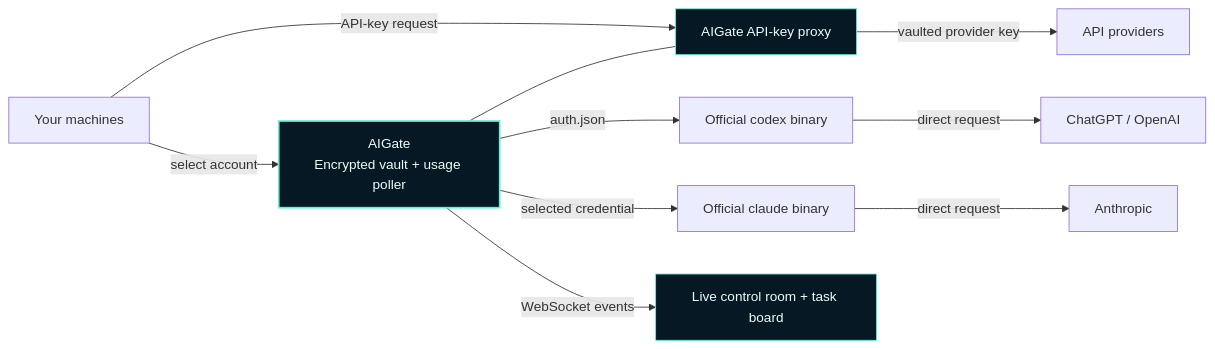
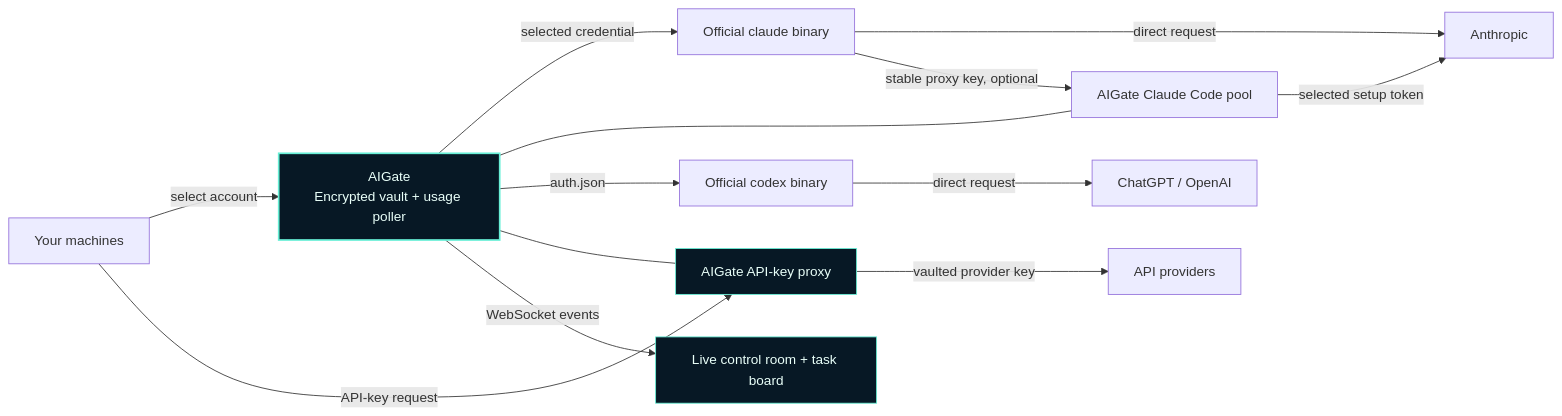
The first of 3 diagrams in README.md (shoemoney/aigate), drawn with Mermaid before and after one commit. The commit also changed other lines of this file and 3 other files, not shown here.

Commit message:
docs: explain Claude pool rotation and dated pricing imports

````diff
--- a/README.md
+++ b/README.md
@@ -126,15 +129,18 @@
 ```mermaid
 flowchart LR
   Client["Your machines"] -->|"select account"| Vault["AIGate<br/>Encrypted vault + usage poller"]
   Vault -->|"selected credential"| Claude["Official claude binary"]
   Claude -->|"direct request"| Anthropic["Anthropic"]
+  Claude -->|"stable proxy key, optional"| Pool["AIGate Claude Code pool"]
+  Vault --- Pool
+  Pool -->|"selected setup token"| Anthropic
   Vault -->|"auth.json"| Codex["Official codex binary"]
   Codex -->|"direct request"| OpenAI["ChatGPT / OpenAI"]
   Client -->|"API-key request"| Proxy["AIGate API-key proxy"]
   Vault --- Proxy
   Proxy -->|"vaulted provider key"| Providers["API providers"]
   Vault -->|"WebSocket events"| UI["Live control room + task board"]
   style Vault fill:#071825,color:#e9fff9,stroke:#67efd6,stroke-width:2px
   style Proxy fill:#071825,color:#e9fff9,stroke:#67efd6
   style UI fill:#071825,color:#e9fff9,stroke:#67efd6
 ```
````
